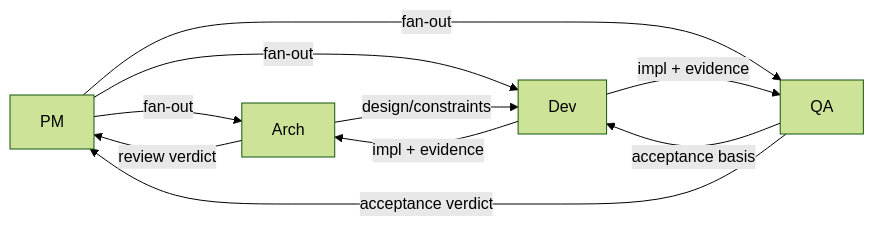
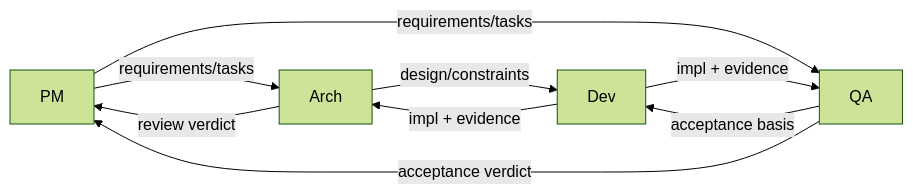
Before and after one commit to icylight/pi-tavern: the second of 6 diagrams in README.en.md, drawn with Mermaid (forest theme). The commit also changed 1 other file, not shown here.

Commit message:
docs(readme): 软件研发拓扑修正——PM 扇出仅 Arch/QA、Dev 为汇聚点（Arch 对齐 User 原话，Dev 修正版）

````diff
--- a/README.en.md
+++ b/README.en.md
@@ -120,9 +120,9 @@
 ```mermaid
 flowchart LR
-    PM["PM"] -->|"fan-out"| AR["Arch"] & QA["QA"] & DV["Dev"]
-    AR -->|"design/constraints"| DV
+    PM["PM"] -->|"requirements/tasks"| AR["Arch"] & QA["QA"]
+    AR -->|"design/constraints"| DV["Dev"]
     QA -->|"acceptance basis"| DV
     DV -->|"impl + evidence"| AR & QA
     AR -->|"review verdict"| PM
     QA -->|"acceptance verdict"| PM
 ```
````
